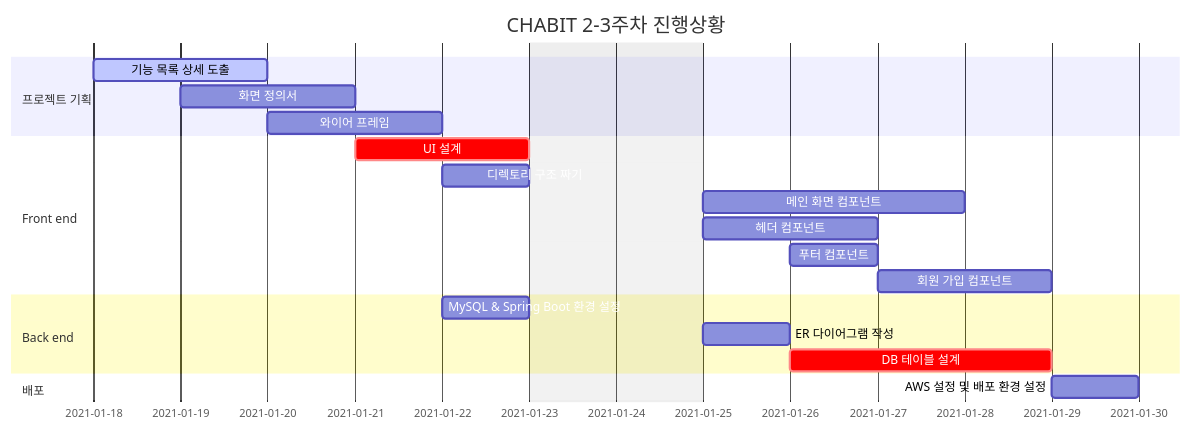
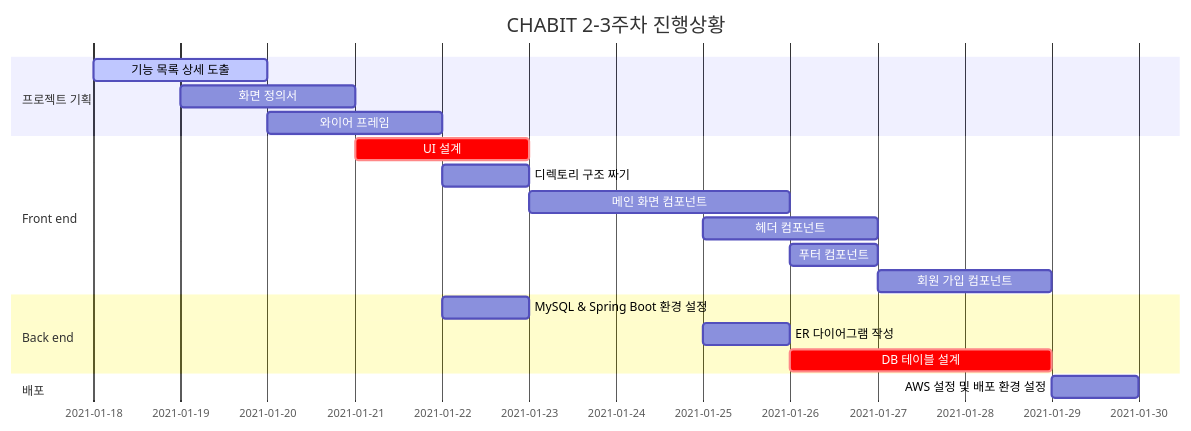
The diagram in README.md (lahreum/Chabit), drawn with Mermaid before and after one commit.

````diff
--- a/README.md
+++ b/README.md
@@ -72,28 +72,28 @@
 ```mermaid
 gantt
     dateFormat  YYYY-MM-DD
     title       CHABIT 2-3주차 진행상황
-    excludes    2021-01-23,2021-01-24
+    %% excludes    2021-01-23,2021-01-24
     %% (`excludes` accepts specific dates in YYYY-MM-DD format, days of the week ("sunday") or "weekends", but not the word "weekdays".)
 
     section 프로젝트 기획
     기능 목록 상세 도출			:active, plan1, 2021-01-18, 2d
     화면 정의서				  : plan2, 2021-01-19, 2d
     와이어 프레임             : plan3, 2021-01-20, 2d
 
 	section Front end
     UI 설계      	 :crit, front1, 2021-01-21, 2d
     디렉토리 구조 짜기		  	:  front2, 2021-01-22, 1d
     메인 화면 컴포넌트		 	 : front3, after front2, 3d
     헤더 컴포넌트   	  : front4, 2021-01-25, 2d
     푸터 컴포넌트         : front5, 2021-01-26, 1d
     회원 가입 컴포넌트  : front6, after front5, 2d
 
     section Back end
     MySQL & Spring Boot 환경 설정     	 : back1, 2021-01-22, 1d
     ER 다이어그램 작성     	 : back2, 2021-01-25, 1d
     DB 테이블 설계		:crit, back3, after back2, 3d
 
     section 배포
     AWS 설정 및 배포 환경 설정 :    deploy1, after back3, 1d
 ```
````
